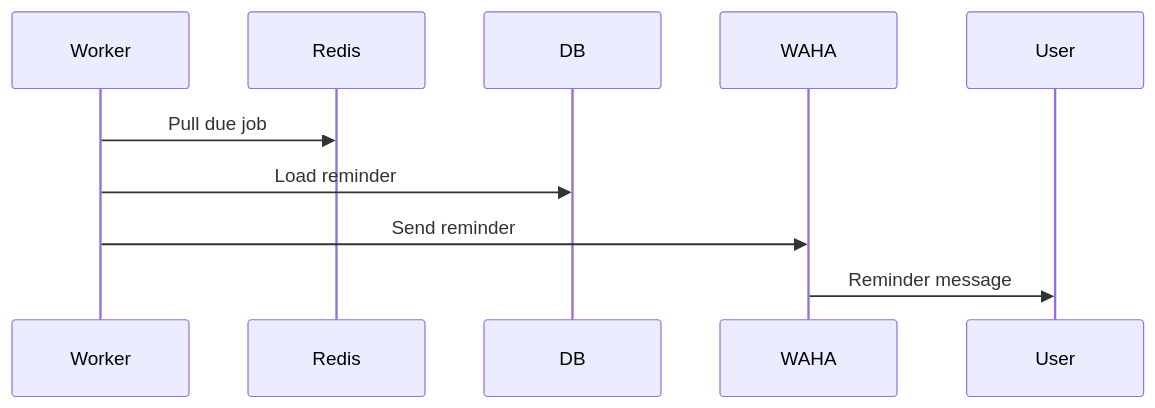
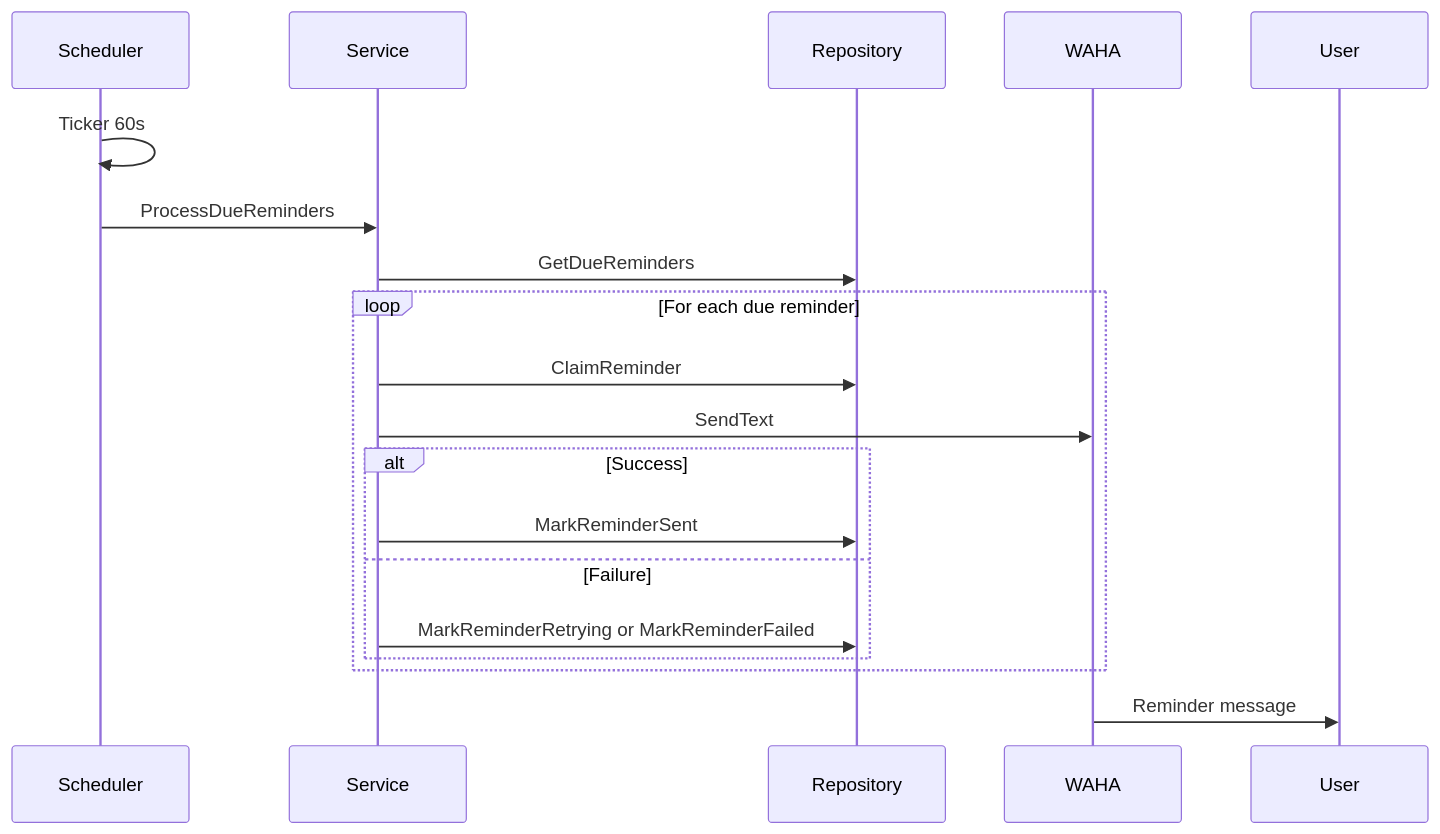
The fifth of 5 diagrams in docs/architecture.md (nazhifsetya27/Nemoris), drawn with Mermaid before and after one commit. The commit also changed other lines of this file and 5 other files, not shown here.

````diff
--- a/docs/architecture.md
+++ b/docs/architecture.md
@@ -279,14 +330,23 @@
 ```mermaid
 sequenceDiagram
 
-participant Worker
-participant Redis
-participant DB
+participant Scheduler
+participant Service
+participant Repository
 participant WAHA
 participant User
 
-Worker->>Redis: Pull due job
-Worker->>DB: Load reminder
-Worker->>WAHA: Send reminder
+Scheduler->>Scheduler: Ticker 60s
+Scheduler->>Service: ProcessDueReminders
+Service->>Repository: GetDueReminders
+loop For each due reminder
+  Service->>Repository: ClaimReminder
+  Service->>WAHA: SendText
+  alt Success
+    Service->>Repository: MarkReminderSent
+  else Failure
+    Service->>Repository: MarkReminderRetrying or MarkReminderFailed
+  end
+end
 WAHA->>User: Reminder message
 ```
````
